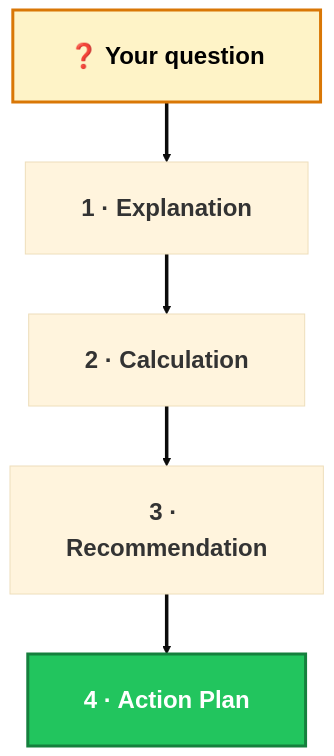
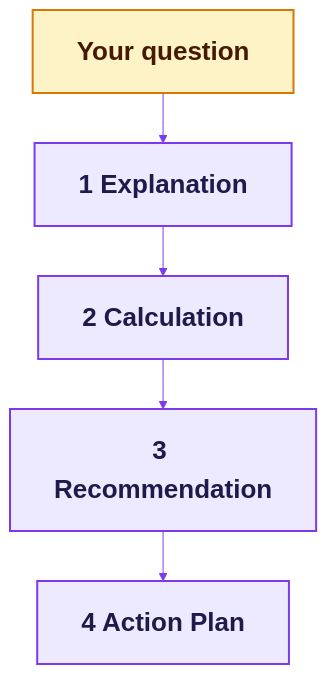
One commit to Mansi232323/MANSHORA changed the tenth of 13 diagrams in README.md. Above: the diagram before and after it, drawn with Mermaid. The commit also changed other lines of this file, not shown here.

````diff
--- a/README.md
+++ b/README.md
@@ -457,7 +370,9 @@
 ```mermaid
-%%{init: {'theme':'base','themeVariables':{'fontSize':'24px'},'flowchart':{'nodeSpacing':50,'rankSpacing':60,'padding':28,'htmlLabels':true}}}%%
+%%{init: {'theme':'base','themeVariables':{'fontSize':'26px','lineColor':'#7c3aed'},'flowchart':{'nodeSpacing':40,'rankSpacing':50,'padding':22,'htmlLabels':true}}}%%
 flowchart TB
-    Q["<b>❓ Your question</b>"] ==> E["<b>1 · Explanation</b>"] ==> C["<b>2 · Calculation</b>"] ==> R["<b>3 · Recommendation</b>"] ==> A["<b>4 · Action Plan</b>"]
-    style Q fill:#fef3c7,stroke:#d97706,stroke-width:3px,color:#000
-    style A fill:#22c55e,color:#fff,stroke:#15803d,stroke-width:3px
+    Q["<b>Your question</b>"] --> E["<b>1 Explanation</b>"] --> C["<b>2 Calculation</b>"] --> R["<b>3 Recommendation</b>"] --> A["<b>4 Action Plan</b>"]
+    classDef a fill:#ede9fe,stroke:#7c3aed,stroke-width:2px,color:#1e1b4b
+    classDef q fill:#fef3c7,stroke:#d97706,stroke-width:2px,color:#451a03
+    class E,C,R,A a
+    class Q q
 ```
````
